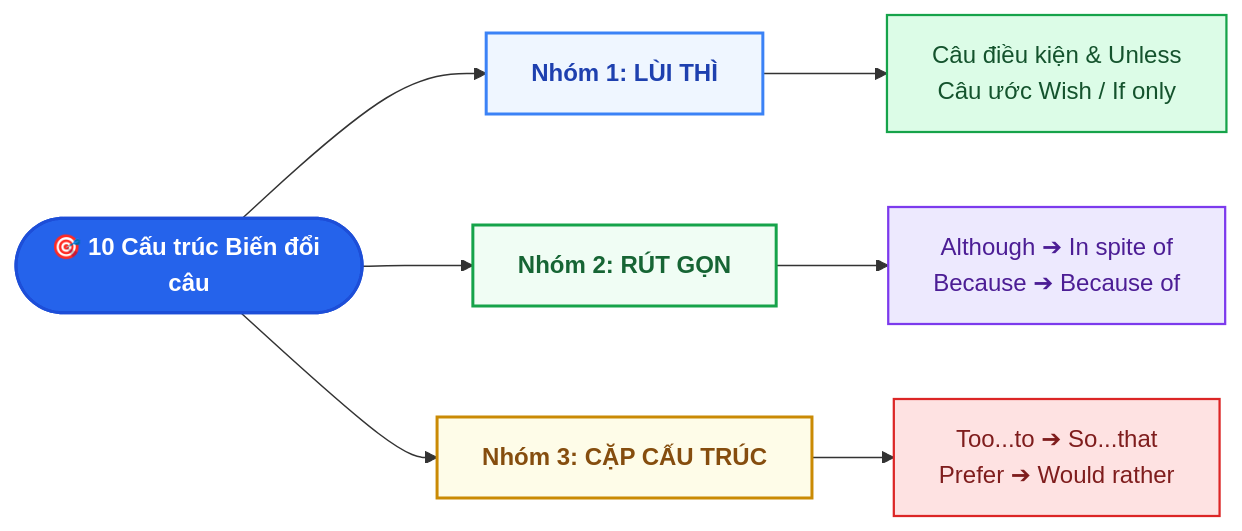
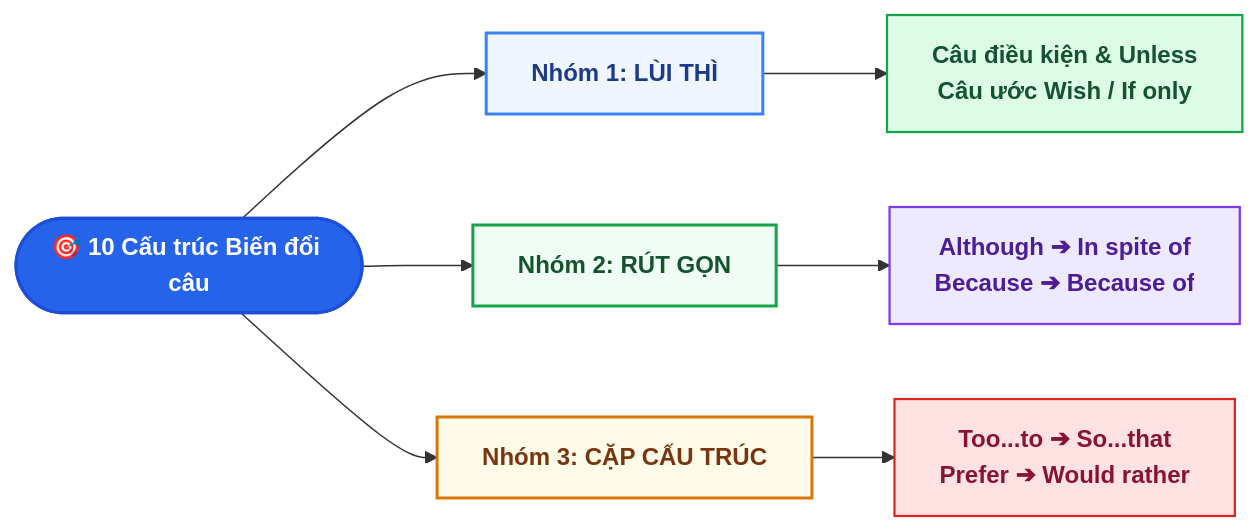
Before and after one commit to tuankiet2510/Grade10Entrance: the diagram in EnglishDocs/docs/lessons/chuyen_de_2_10_cau_truc_bien_doi_cau.md, drawn with Mermaid. The commit also changed 14 other files, not shown here.

Commit message:
fix(ui): resolve Mermaid dark/light contrast issue across all English lessons

````diff
--- a/EnglishDocs/docs/lessons/chuyen_de_2_10_cau_truc_bien_doi_cau.md
+++ b/EnglishDocs/docs/lessons/chuyen_de_2_10_cau_truc_bien_doi_cau.md
@@ -10,18 +10,18 @@
 ```mermaid
 flowchart LR
     A(["🎯 10 Cấu trúc Biến đổi câu"]) --> B["Nhóm 1: LÙI THÌ"]
     A --> C["Nhóm 2: RÚT GỌN"]
     A --> D["Nhóm 3: CẶP CẤU TRÚC"]
     
     B --> B1["Câu điều kiện & Unless<br/>Câu ước Wish / If only"]
     C --> C1["Although ➔ In spite of<br/>Because ➔ Because of"]
     D --> D1["Too...to ➔ So...that<br/>Prefer ➔ Would rather"]
     
     style A fill:#2563eb,stroke:#1d4ed8,stroke-width:2px,color:#ffffff,font-weight:bold
-    style B fill:#eff6ff,stroke:#3b82f6,stroke-width:2px,color:#1e40af,font-weight:bold
-    style C fill:#f0fdf4,stroke:#16a34a,stroke-width:2px,color:#166534,font-weight:bold
-    style D fill:#fefce8,stroke:#ca8a04,stroke-width:2px,color:#854d0e,font-weight:bold
-    style B1 fill:#dcfce7,stroke:#16a34a,stroke-width:1.5px,color:#14532d
-    style C1 fill:#ede9fe,stroke:#7c3aed,stroke-width:1.5px,color:#4c1d95
-    style D1 fill:#fee2e2,stroke:#dc2626,stroke-width:1.5px,color:#7f1d1d
+    style B fill:#eff6ff,stroke:#3b82f6,stroke-width:2px,color:#1e3a8a,font-weight:bold
+    style C fill:#f0fdf4,stroke:#16a34a,stroke-width:2px,color:#14532d,font-weight:bold
+    style D fill:#fefce8,stroke:#d97706,stroke-width:2px,color:#78350f,font-weight:bold
+    style B1 fill:#dcfce7,stroke:#16a34a,stroke-width:1.5px,color:#14532d,font-weight:bold
+    style C1 fill:#ede9fe,stroke:#7c3aed,stroke-width:1.5px,color:#4c1d95,font-weight:bold
+    style D1 fill:#fee2e2,stroke:#dc2626,stroke-width:1.5px,color:#881337,font-weight:bold
 ```
````
